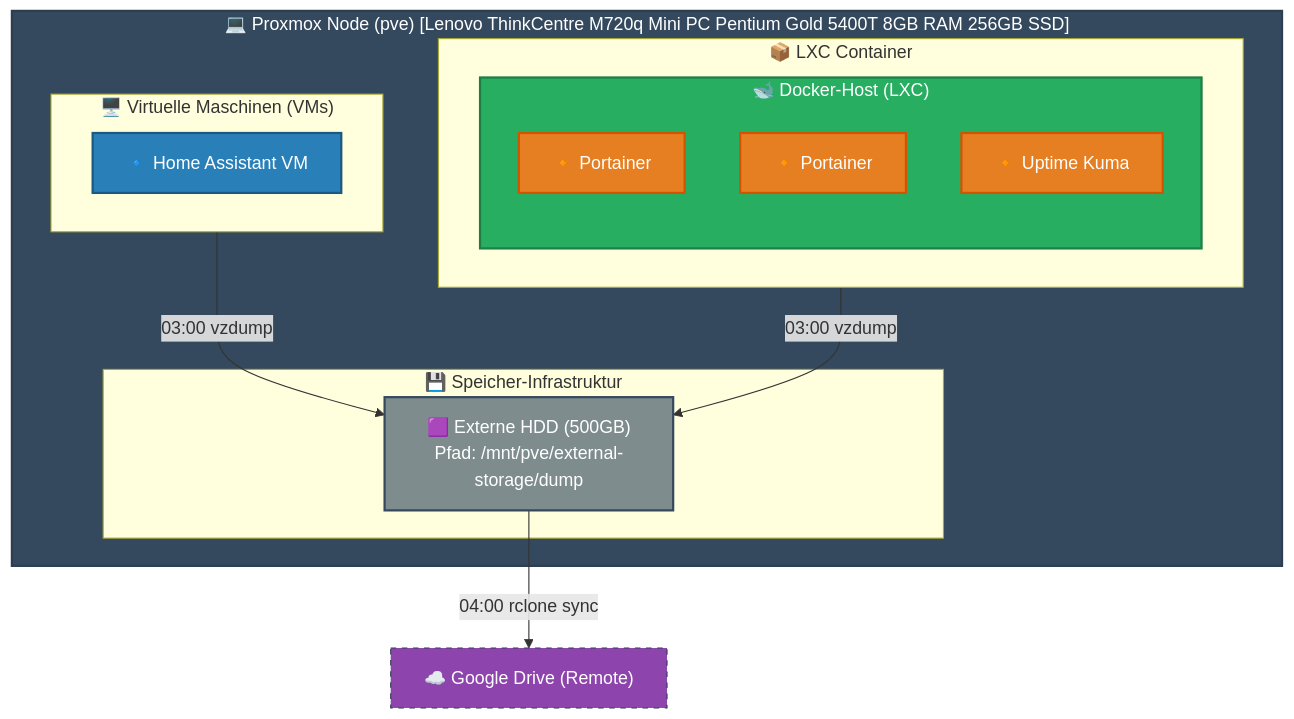
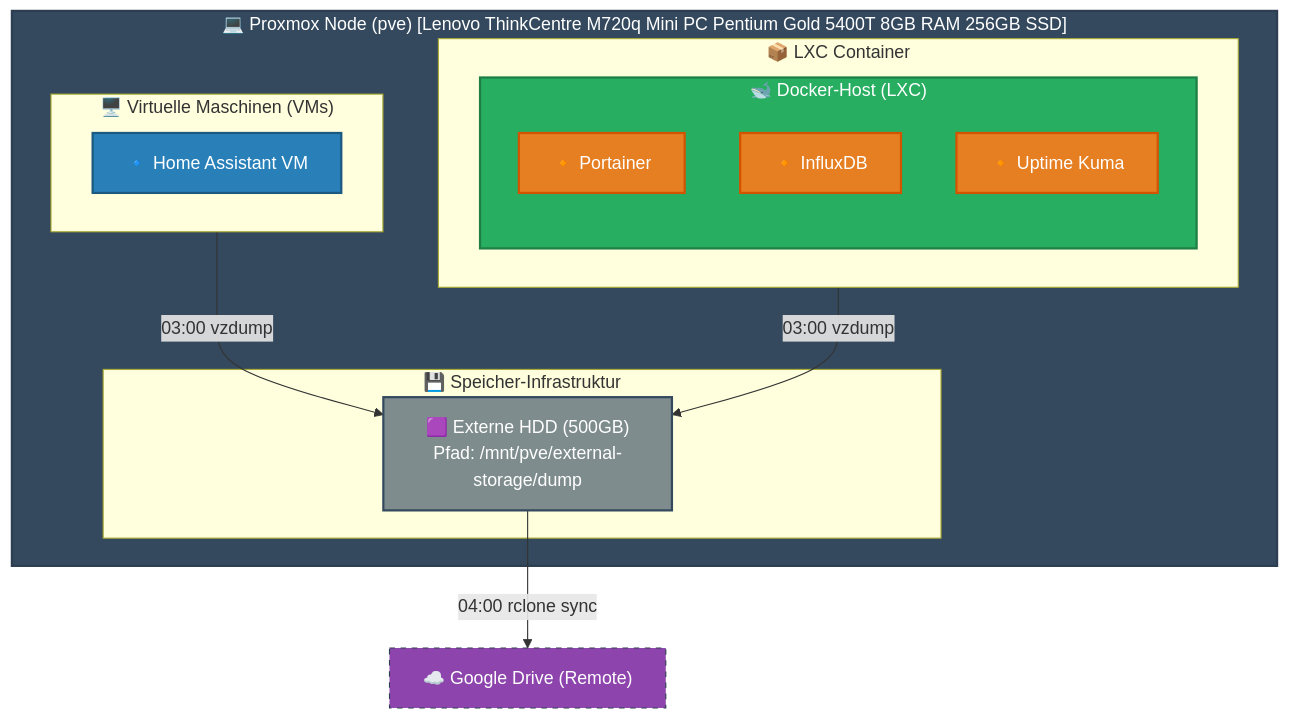
The fourth of 7 diagrams in README.md (mxpfister/homelab-architecture), drawn with Mermaid before and after one commit.

Commit message:
Fix Leinach Influx node typo in README

````diff
--- a/README.md
+++ b/README.md
@@ -207,40 +207,40 @@
 ```mermaid
 graph TB
     %% Styling
     classDef pveNode fill:#34495e,stroke:#2c3e50,stroke-width:2px,color:#fff;
     classDef vmStyle fill:#2980b9,stroke:#1c5980,stroke-width:2px,color:#fff;
     classDef lxcStyle fill:#27ae60,stroke:#1e7e45,stroke-width:2px,color:#fff;
     classDef dockerStyle fill:#e67e22,stroke:#d35400,stroke-width:2px,color:#fff;
     classDef storageStyle fill:#7f8c8d,stroke:#34495e,stroke-width:2px,color:#fff;
     classDef extStyle fill:#8e44ad,stroke:#2c3e50,stroke-dasharray: 5 5,color:#fff;
 
     subgraph PVE_LEI ["💻 Proxmox Node (pve) [Lenovo ThinkCentre M720q Mini PC Pentium Gold 5400T 8GB RAM 256GB SSD]"]
         
         subgraph Storage_LEI ["💾 Speicher-Infrastruktur"]
             HDD_LEI["🟪 Externe HDD (500GB)<br>Pfad: /mnt/pve/external-storage/dump"]:::storageStyle
         end
 
         subgraph VMs_LEI ["🖥️ Virtuelle Maschinen (VMs)"]
             HA_LEI["🔹 Home Assistant VM"]:::vmStyle
         end
 
         subgraph LXCs_LEI ["📦 LXC Container"]
             subgraph DockerLXC_LEI ["🐋 Docker-Host (LXC)"]
                 Portainer_LEI["🔸 Portainer"]:::dockerStyle
-                Influx_LEI_LEI["🔸 Portainer"]:::dockerStyle
+                Influx_LEI["🔸 InfluxDB"]:::dockerStyle
                 Uptime_LEI["🔸 Uptime Kuma"]:::dockerStyle
             end
             class DockerLXC_LEI lxcStyle;
         end
     end
 
     %% Externe Verbindungen
     GDrive_LEI["☁️ Google Drive (Remote)"]:::extStyle
     
     %% Datenpfade
     VMs_LEI -->|03:00 vzdump| HDD_LEI
     LXCs_LEI -->|03:00 vzdump| HDD_LEI
     HDD_LEI -->|04:00 rclone sync| GDrive_LEI
     
     class PVE_LEI pveNode;
 ```
````
